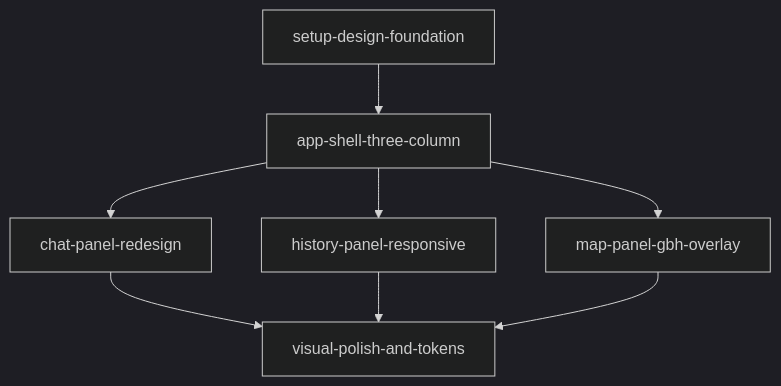
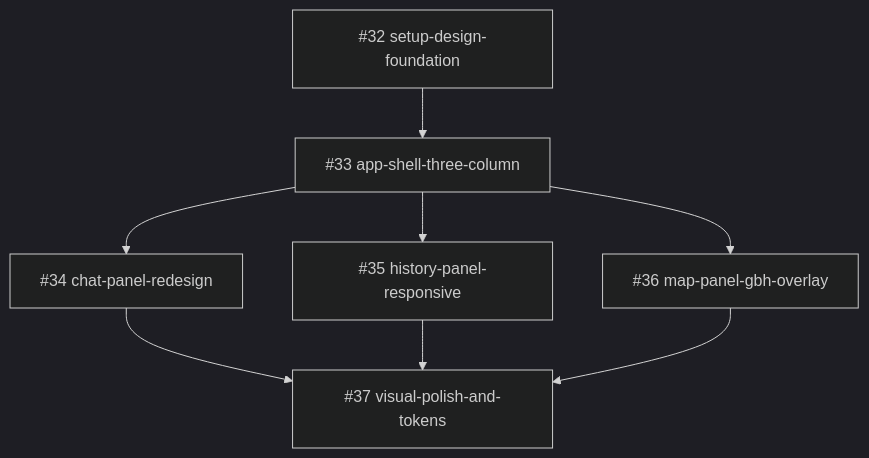
Before and after one commit to SeanSung/airline-dsl-ai-demo-opencode-cabbage: the diagram in docs/dev/tasks/2026-08-24-001-frontend-ui-redesign/DAG.md, drawn with Mermaid (dark theme). The commit also changed other lines of this file and 6 other files, not shown here.

````diff
--- a/docs/dev/tasks/2026-08-24-001-frontend-ui-redesign/DAG.md
+++ b/docs/dev/tasks/2026-08-24-001-frontend-ui-redesign/DAG.md
@@ -19,17 +19,17 @@
 ```mermaid
 graph TD
-    T1[setup-design-foundation]
-    T2[app-shell-three-column]
-    T3[chat-panel-redesign]
-    T4[history-panel-responsive]
-    T5[map-panel-gbh-overlay]
-    T6[visual-polish-and-tokens]
+    T1["#32 setup-design-foundation"]
+    T2["#33 app-shell-three-column"]
+    T3["#34 chat-panel-redesign"]
+    T4["#35 history-panel-responsive"]
+    T5["#36 map-panel-gbh-overlay"]
+    T6["#37 visual-polish-and-tokens"]
 
     T1 --> T2
     T2 --> T3
     T2 --> T4
     T2 --> T5
     T3 --> T6
     T4 --> T6
     T5 --> T6
 ```
````
